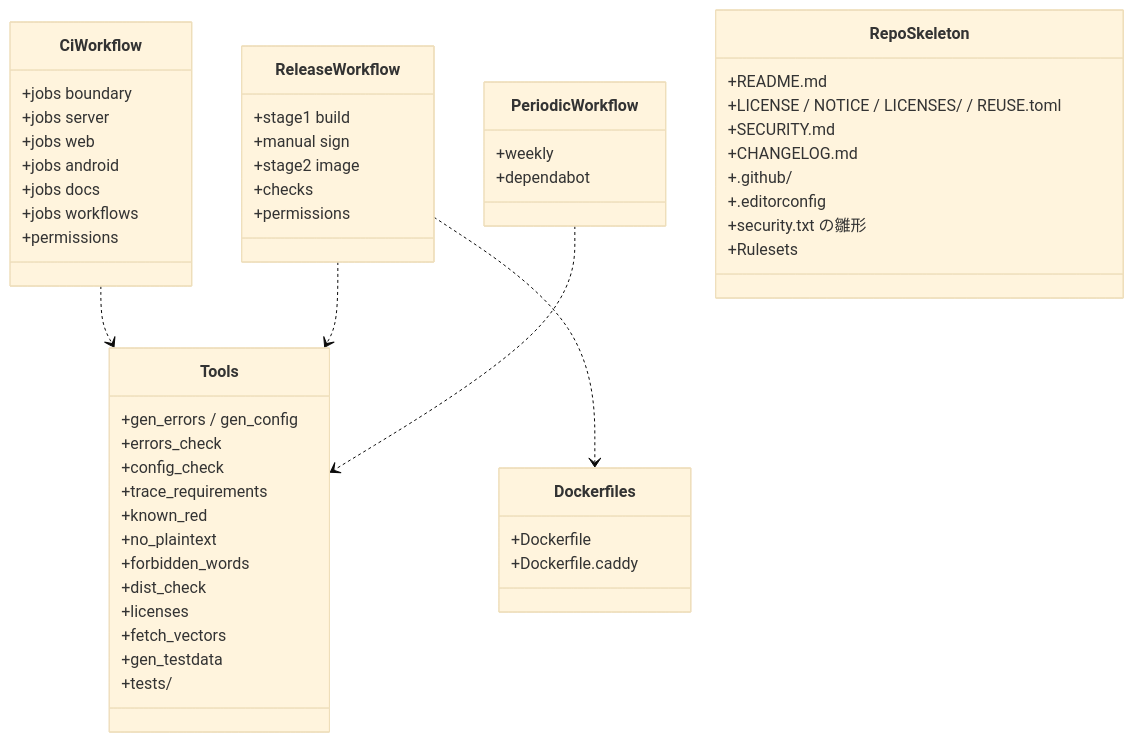
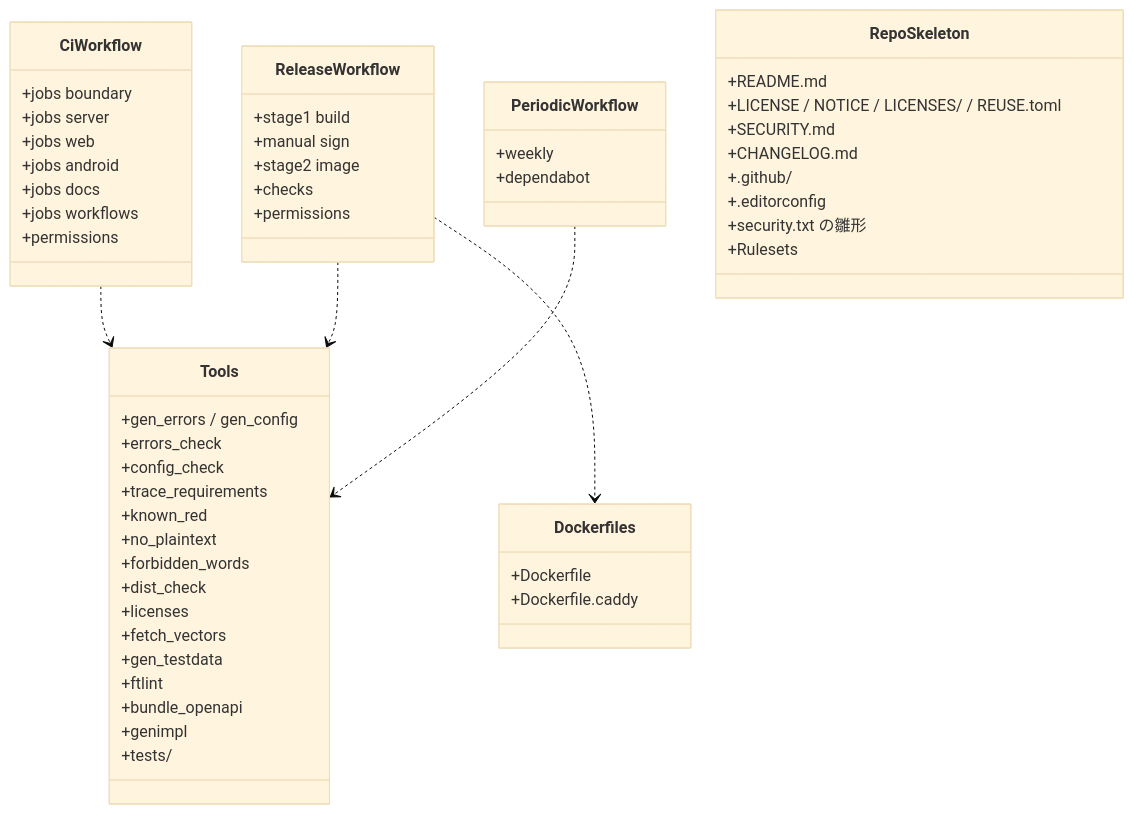
Before and after one commit to nrsd-ishikawasou/family-talk-pwa: the diagram in dev/docs/jp/ブロック/ci-tools.md, drawn with Mermaid (base theme). The commit also changed other lines of this file and 290 other files, not shown here.

````diff
--- a/dev/docs/jp/ブロック/ci-tools.md
+++ b/dev/docs/jp/ブロック/ci-tools.md
@@ -19,55 +48,58 @@
 ```mermaid
 classDiagram
   class CiWorkflow {
     +jobs boundary
     +jobs server
     +jobs web
     +jobs android
     +jobs docs
     +jobs workflows
     +permissions
   }
   class ReleaseWorkflow {
     +stage1 build
     +manual sign
     +stage2 image
     +checks
     +permissions
   }
   class PeriodicWorkflow {
     +weekly
     +dependabot
   }
   class Dockerfiles {
     +Dockerfile
     +Dockerfile.caddy
   }
   class Tools {
     +gen_errors / gen_config
     +errors_check
     +config_check
     +trace_requirements
     +known_red
     +no_plaintext
     +forbidden_words
     +dist_check
     +licenses
     +fetch_vectors
     +gen_testdata
+    +ftlint
+    +bundle_openapi
+    +genimpl
     +tests/
   }
   class RepoSkeleton {
     +README.md
     +LICENSE / NOTICE / LICENSES/ / REUSE.toml
     +SECURITY.md
     +CHANGELOG.md
     +.github/
     +.editorconfig
     +security.txt の雛形
     +Rulesets
   }
   CiWorkflow ..> Tools
   ReleaseWorkflow ..> Dockerfiles
   ReleaseWorkflow ..> Tools
   PeriodicWorkflow ..> Tools
 ```
````
